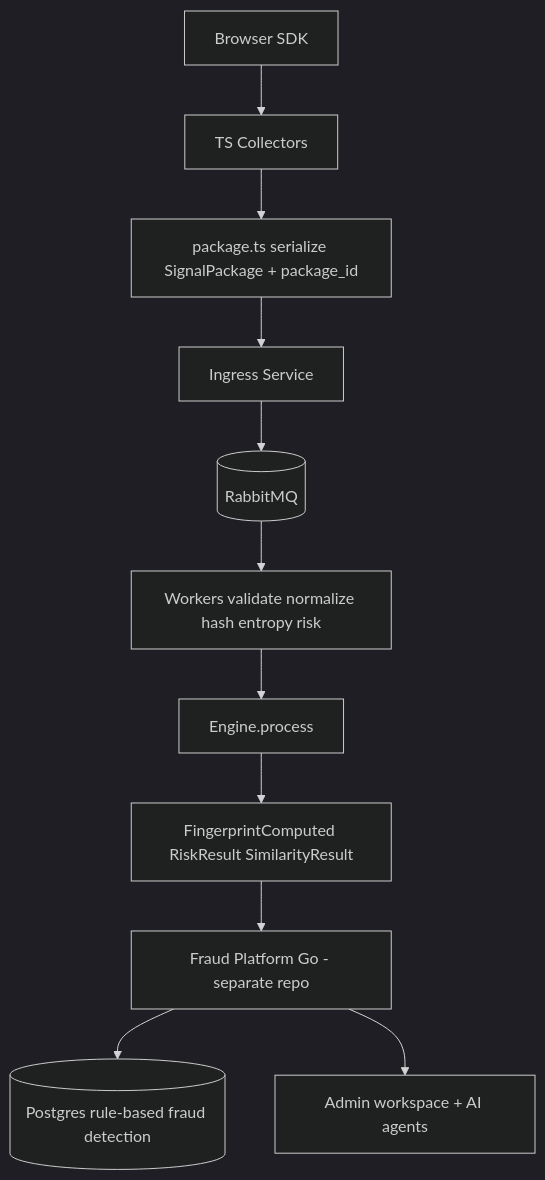
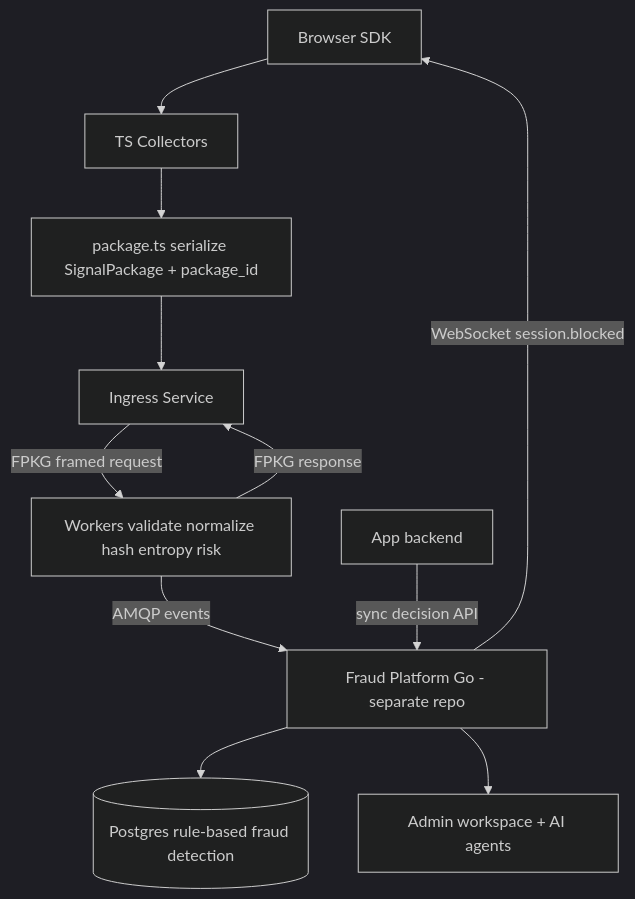
One commit to Akshay2642005/fingerprint-engine changed the first of 4 diagrams in specs/rework/DESIGN.md. Above: the diagram before and after it, drawn with Mermaid (dark theme). The commit also changed other lines of this file and 2 other files, not shown here.

````diff
--- a/specs/rework/DESIGN.md
+++ b/specs/rework/DESIGN.md
@@ -424,13 +476,13 @@
 ```mermaid
 flowchart TD
     B[Browser SDK] --> C[TS Collectors]
     C --> P[package.ts serialize SignalPackage + package_id]
     P --> I[Ingress Service]
-    I --> Q[(RabbitMQ)]
-    Q --> WK[Workers validate normalize hash entropy risk]
-    WK --> E[Engine.process]
-    E --> FC[FingerprintComputed RiskResult SimilarityResult]
-    FC --> FP[Fraud Platform Go - separate repo]
+    I -->|FPKG framed request| WK[Workers validate normalize hash entropy risk]
+    WK -->|FPKG response| I
+    WK -->|AMQP events| FP[Fraud Platform Go - separate repo]
     FP --> PG[(Postgres rule-based fraud detection)]
     FP --> WS[Admin workspace + AI agents]
+    FP -->|WebSocket session.blocked| B
+    APP[App backend] -->|sync decision API| FP
 ```
````
